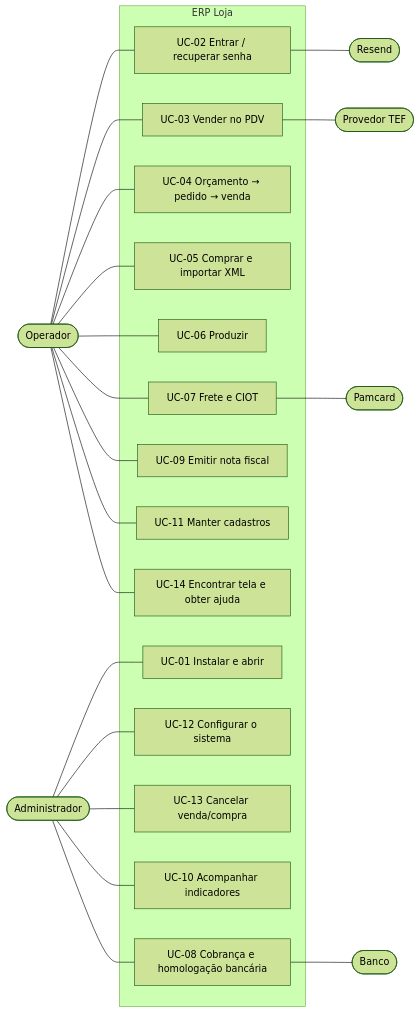
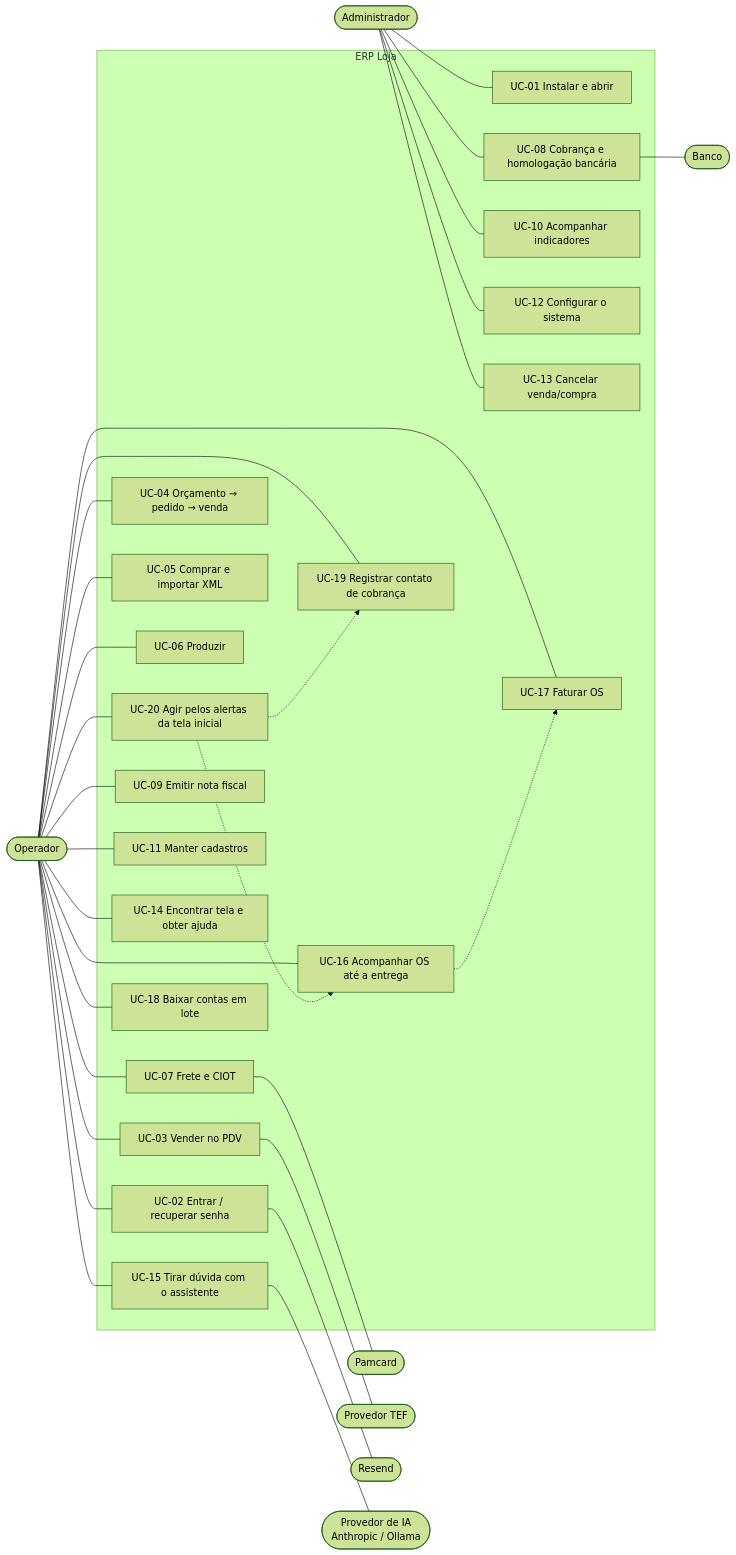
Before and after one commit to thales-fratarcangeli/erp_completo: the diagram in docs/03-casos-de-uso.md, drawn with Mermaid (forest theme). The commit also changed other lines of this file and 37 other files, not shown here.

````diff
--- a/docs/03-casos-de-uso.md
+++ b/docs/03-casos-de-uso.md
@@ -9,32 +9,43 @@
 ```mermaid
 flowchart LR
     adm([Administrador])
     op([Operador])
     banco([Banco])
     pam([Pamcard])
     tef([Provedor TEF])
     resend([Resend])
+    ia([Provedor de IA<br/>Anthropic / Ollama])
     subgraph ERP Loja
         UC01[UC-01 Instalar e abrir]
         UC02[UC-02 Entrar / recuperar senha]
         UC03[UC-03 Vender no PDV]
         UC04[UC-04 Orçamento → pedido → venda]
         UC05[UC-05 Comprar e importar XML]
         UC06[UC-06 Produzir]
         UC07[UC-07 Frete e CIOT]
         UC08[UC-08 Cobrança e homologação bancária]
         UC09[UC-09 Emitir nota fiscal]
         UC10[UC-10 Acompanhar indicadores]
         UC11[UC-11 Manter cadastros]
         UC12[UC-12 Configurar o sistema]
         UC13[UC-13 Cancelar venda/compra]
         UC14[UC-14 Encontrar tela e obter ajuda]
+        UC15[UC-15 Tirar dúvida com o assistente]
+        UC16[UC-16 Acompanhar OS até a entrega]
+        UC17[UC-17 Faturar OS]
+        UC18[UC-18 Baixar contas em lote]
+        UC19[UC-19 Registrar contato de cobrança]
+        UC20[UC-20 Agir pelos alertas da tela inicial]
     end
     adm --- UC01 & UC12 & UC13 & UC10
     op --- UC02 & UC03 & UC04 & UC05 & UC06 & UC07 & UC09 & UC11 & UC14
+    op --- UC15 & UC16 & UC17 & UC18 & UC19 & UC20
+    UC15 --- ia
+    UC16 -.-> UC17
+    UC20 -.-> UC16 & UC19
     UC03 --- tef
     UC07 --- pam
     UC08 --- banco
     UC02 --- resend
     adm --- UC08
 ```
````
